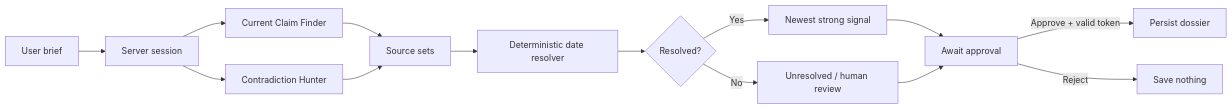
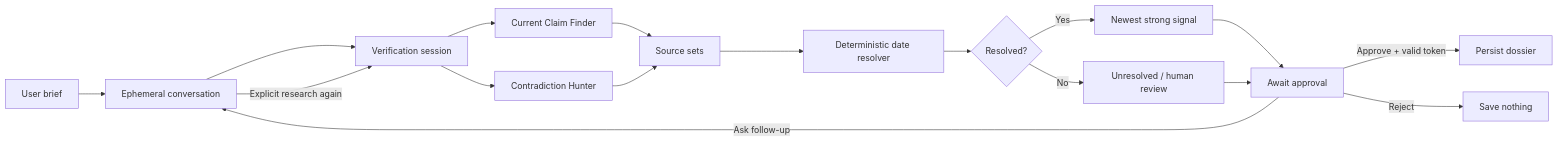
The diagram in README.md (Reet24-del/the-verifier), drawn with Mermaid before and after one commit. The commit also changed other lines of this file and 4 other files, not shown here.

````diff
--- a/README.md
+++ b/README.md
@@ -37,16 +38,19 @@
 ```mermaid
 flowchart LR
-    A[User brief] --> B[Server session]
-    B --> C[Current Claim Finder]
-    B --> D[Contradiction Hunter]
+    A[User brief] --> B[Ephemeral conversation]
+    B --> M[Verification session]
+    M --> C[Current Claim Finder]
+    M --> D[Contradiction Hunter]
     C --> E[Source sets]
     D --> E
     E --> F[Deterministic date resolver]
     F --> G{Resolved?}
     G -->|Yes| H[Newest strong signal]
     G -->|No| I[Unresolved / human review]
     H --> J[Await approval]
     I --> J
+    J -->|Ask follow-up| B
+    B -->|Explicit research again| M
     J -->|Approve + valid token| K[Persist dossier]
     J -->|Reject| L[Save nothing]
 ```
````
